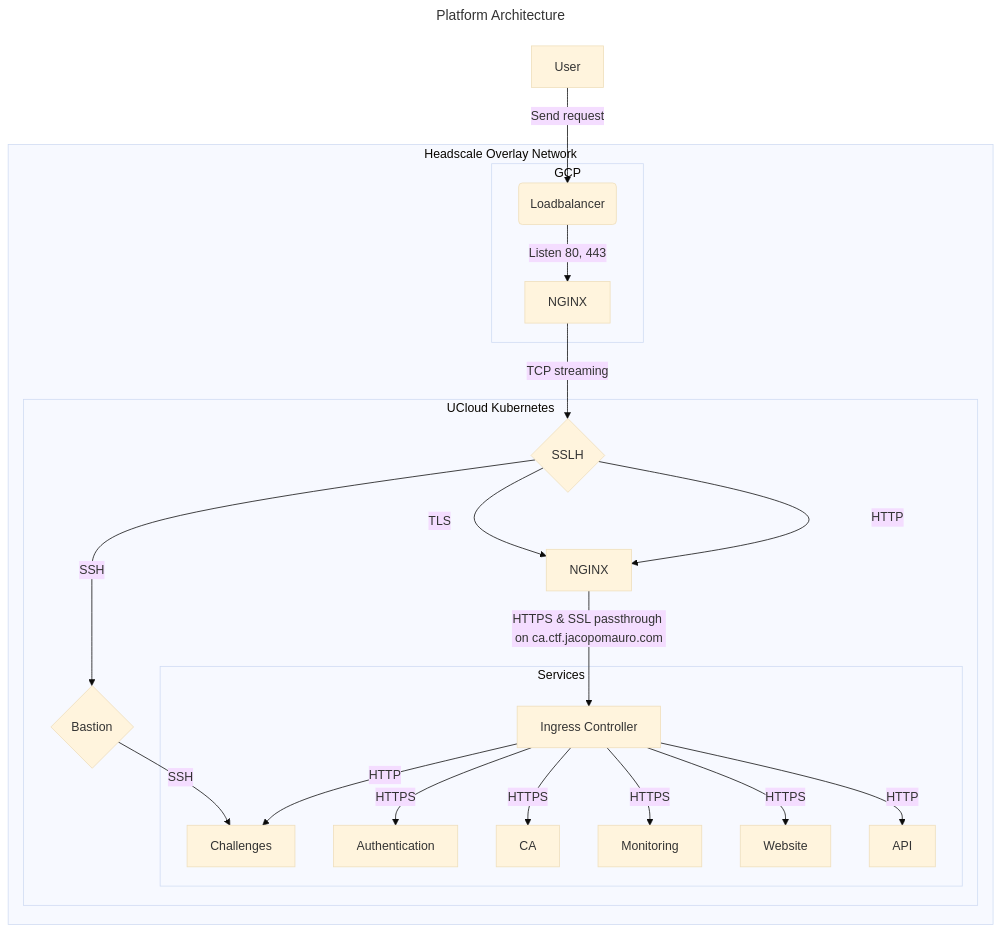
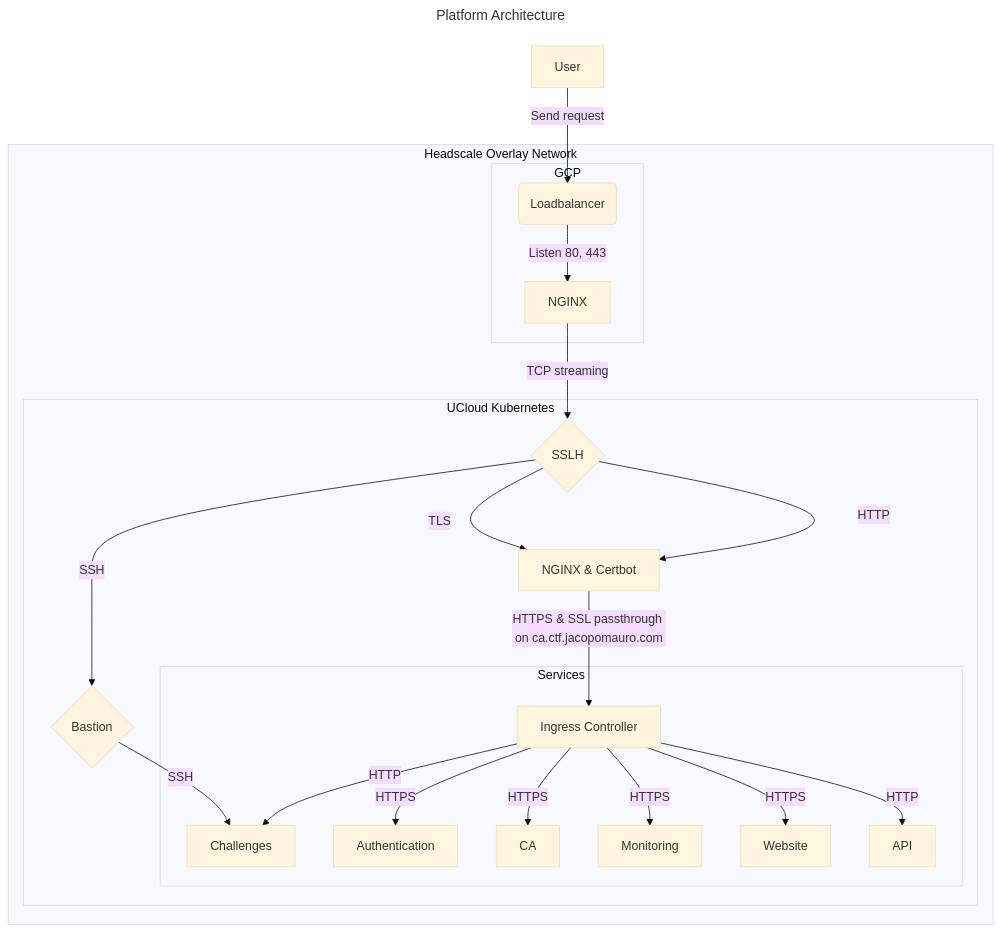
One commit to mattrent/CTF-Platform changed the diagram in README.md. Above: the diagram before and after it, drawn with Mermaid (base theme).

Commit message:
update mermaid

````diff
--- a/README.md
+++ b/README.md
@@ -62,28 +62,28 @@
 ```mermaid
 ---
 title: Platform Architecture
 ---
 graph TD
     A[User] -->|Send request| B(Loadbalancer)
 subgraph Headscale Overlay Network
 subgraph GCP
     B -->|Listen 80, 443| C[NGINX]
 end
 subgraph UCloud Kubernetes
     C -->|TCP streaming| J{SSLH}
     J -->|SSH| K{Bastion}
-    J -->|TLS| L[NGINX]
+    J -->|TLS| L[NGINX & Certbot]
     J -->|HTTP| L
     K -->|SSH| E[Challenges]
     L -->|HTTPS & SSL passthrough on ca.ctf.jacopomauro.com| G[Ingress Controller]
 subgraph Services
     G -->|HTTPS| H[Authentication]
     G -->|HTTPS| I[CA]
     G -->|HTTP| E
     G -->|HTTPS| F[Monitoring]
     G -->|HTTPS| O[Website]
     G -->|HTTP| P[API]
 end
 end
 end
 ```
````
